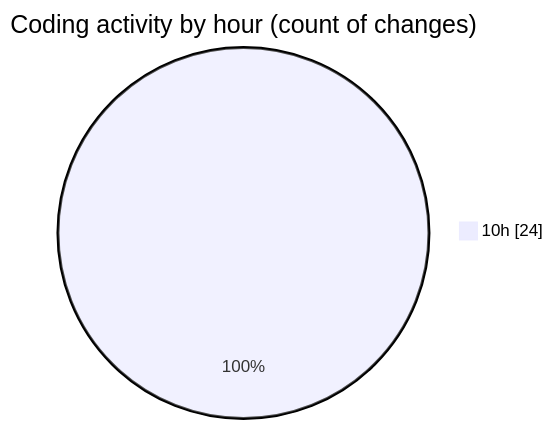
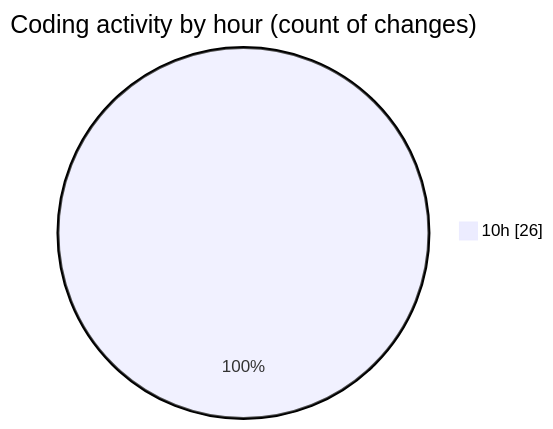
Before and after one commit to momahboobian/code-tracking: the second of 2 diagrams in 2025-08-28/cda/README.md, drawn with Mermaid. The commit also changed other lines of this file and 1 other file, not shown here.

````diff
--- a/2025-08-28/cda/README.md
+++ b/2025-08-28/cda/README.md
@@ -30,5 +30,5 @@
 ```mermaid
 pie showData
 title Coding activity by hour (count of changes)
-"10h" : 24
+"10h" : 26
 ```
````
